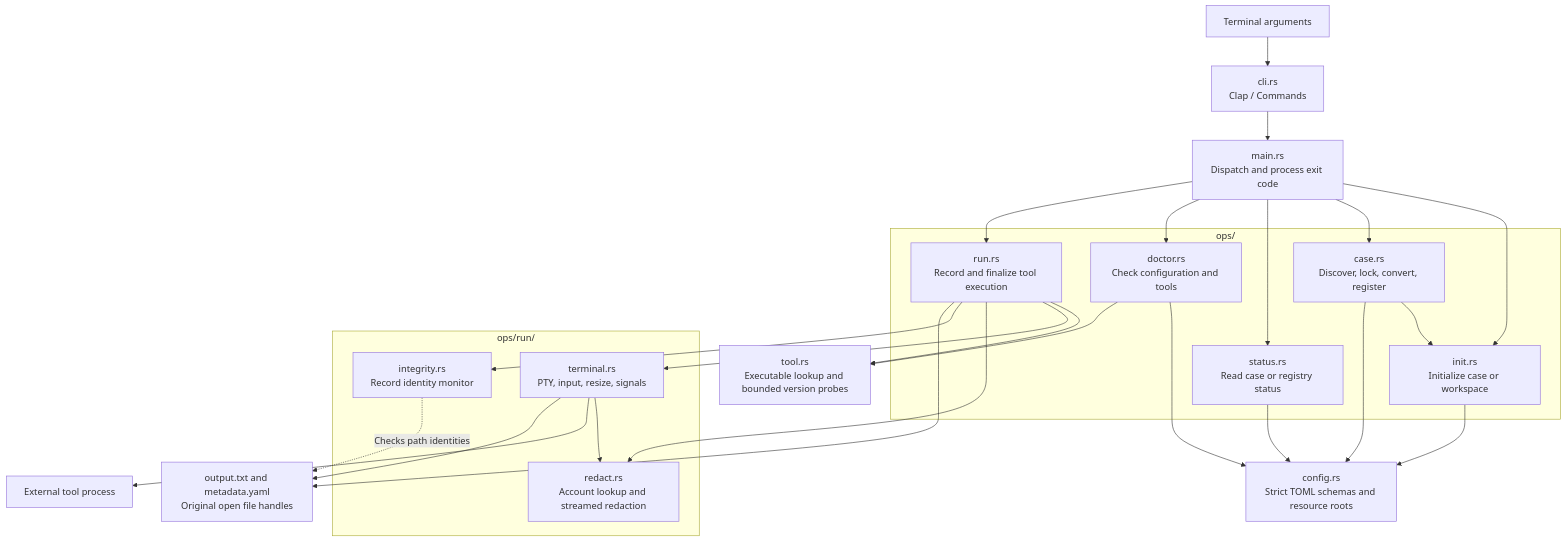
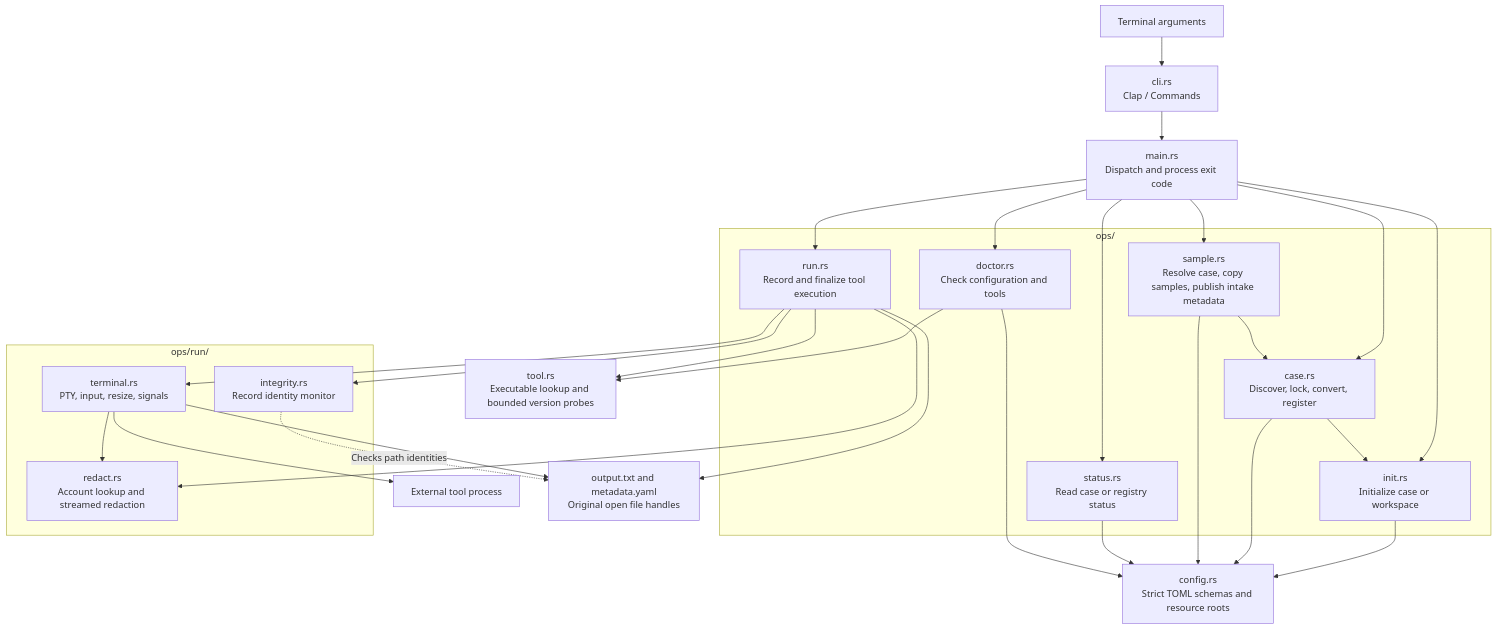
The first of 3 diagrams in docs/dev/architecture.md (laurenthuang/orev), drawn with Mermaid before and after one commit. The commit also changed other lines of this file and 9 other files, not shown here.

Commit message:
feat(sample): ingest samples with case selection

````diff
--- a/docs/dev/architecture.md
+++ b/docs/dev/architecture.md
@@ -15,44 +15,48 @@
 ```mermaid
 flowchart TD
     args["Terminal arguments"] --> cli["cli.rs<br/>Clap / Commands"]
     cli --> main["main.rs<br/>Dispatch and process exit code"]
 
     subgraph operations["ops/"]
         init["init.rs<br/>Initialize case or workspace"]
         case["case.rs<br/>Discover, lock, convert, register"]
+        sample["sample.rs<br/>Resolve case, copy samples, publish intake metadata"]
         status["status.rs<br/>Read case or registry status"]
         doctor["doctor.rs<br/>Check configuration and tools"]
         run["run.rs<br/>Record and finalize tool execution"]
     end
 
     main --> init
     main --> case
+    main --> sample
     main --> status
     main --> doctor
     main --> run
     case --> init
+    sample --> case
 
     config["config.rs<br/>Strict TOML schemas and resource roots"]
     init --> config
     case --> config
+    sample --> config
     status --> config
     doctor --> config
 
     tool["tool.rs<br/>Executable lookup and bounded version probes"]
     doctor --> tool
     run --> tool
 
     subgraph recording["ops/run/"]
         terminal["terminal.rs<br/>PTY, input, resize, signals"]
         redact["redact.rs<br/>Account lookup and streamed redaction"]
         integrity["integrity.rs<br/>Record identity monitor"]
     end
     run --> terminal
     run --> redact
     run --> integrity
     terminal --> redact
     terminal --> child["External tool process"]
     run --> records["output.txt and metadata.yaml<br/>Original open file handles"]
     terminal --> records
     integrity -. "Checks path identities" .-> records
 ```
````
